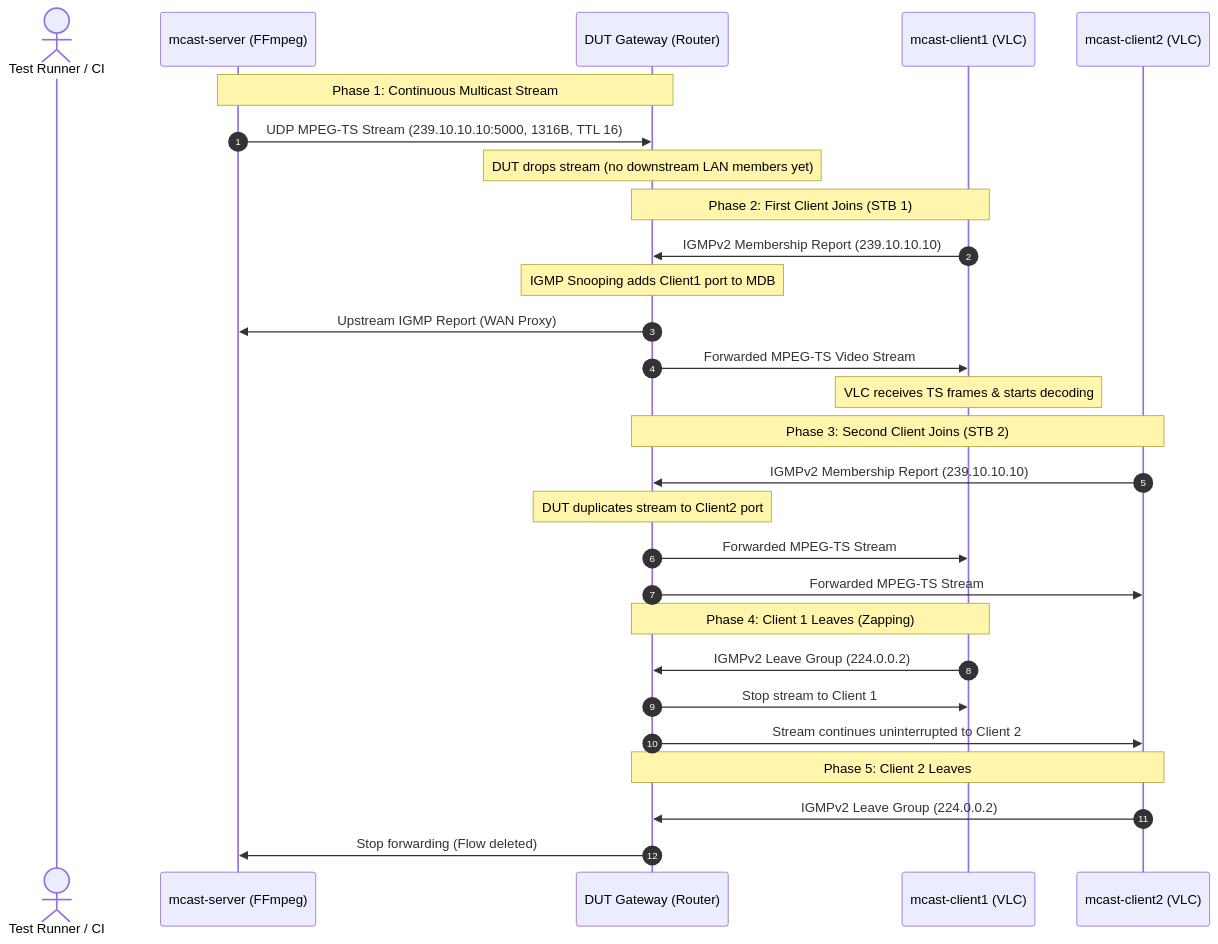
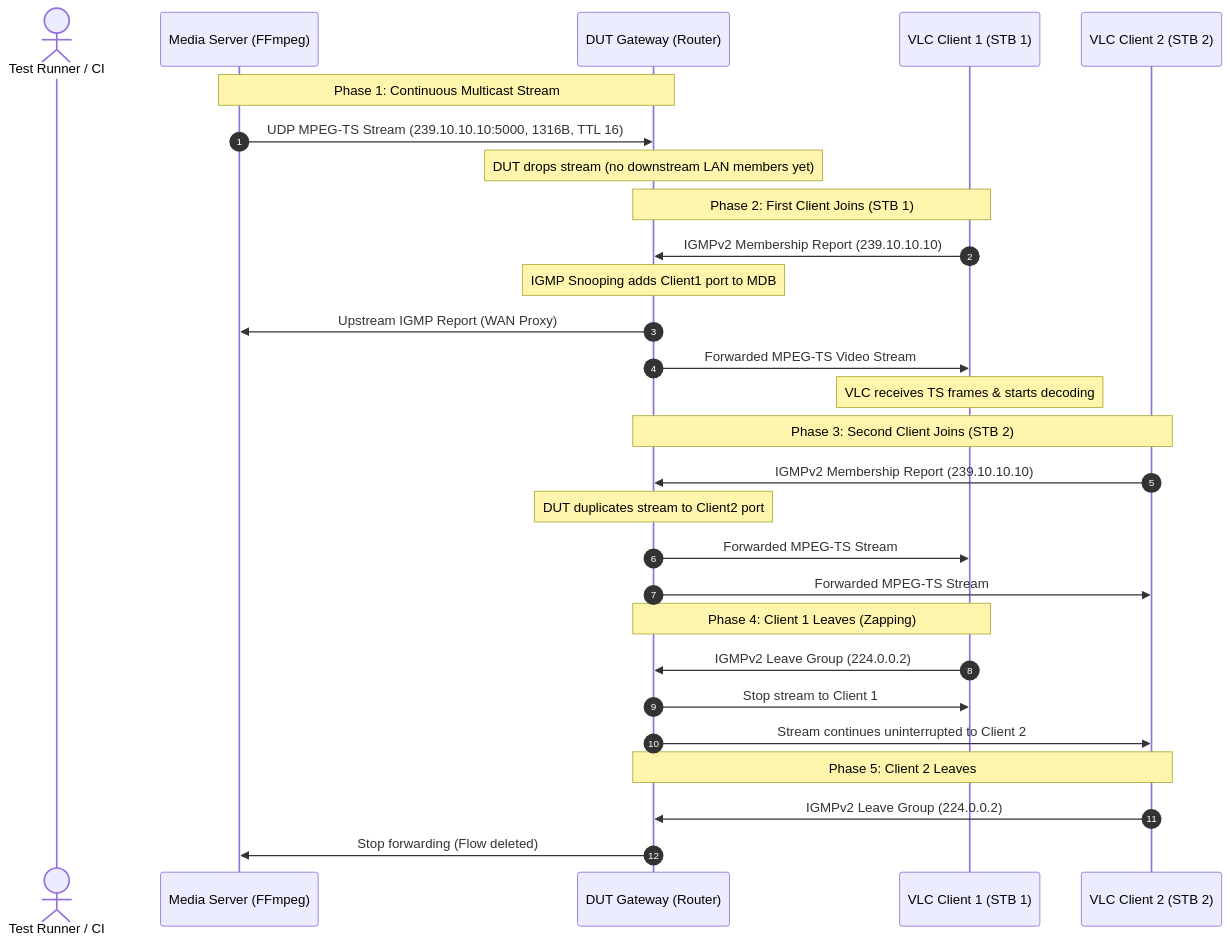
The third of 3 diagrams in README.md (dddat101/iptv_multicast_integration_lab), drawn with Mermaid before and after one commit. The commit also changed other lines of this file and 7 other files, not shown here.

````diff
--- a/README.md
+++ b/README.md
@@ -47,35 +90,35 @@
 ```mermaid
 sequenceDiagram
     autonumber
     actor Tester as Test Runner / CI
-    participant Server as mcast-server (FFmpeg)
+    participant Server as Media Server (FFmpeg)
     participant DUT as DUT Gateway (Router)
-    participant Client1 as mcast-client1 (VLC)
-    participant Client2 as mcast-client2 (VLC)
+    participant Client1 as VLC Client 1 (STB 1)
+    participant Client2 as VLC Client 2 (STB 2)
 
     Note over Server,DUT: Phase 1: Continuous Multicast Stream
     Server->>DUT: UDP MPEG-TS Stream (239.10.10.10:5000, 1316B, TTL 16)
     Note over DUT: DUT drops stream (no downstream LAN members yet)
 
     Note over Client1,DUT: Phase 2: First Client Joins (STB 1)
     Client1->>DUT: IGMPv2 Membership Report (239.10.10.10)
     Note over DUT: IGMP Snooping adds Client1 port to MDB
     DUT->>Server: Upstream IGMP Report (WAN Proxy)
     DUT->>Client1: Forwarded MPEG-TS Video Stream
     Note over Client1: VLC receives TS frames & starts decoding
 
     Note over Client2,DUT: Phase 3: Second Client Joins (STB 2)
     Client2->>DUT: IGMPv2 Membership Report (239.10.10.10)
     Note over DUT: DUT duplicates stream to Client2 port
     DUT->>Client1: Forwarded MPEG-TS Stream
     DUT->>Client2: Forwarded MPEG-TS Stream
 
     Note over Client1,DUT: Phase 4: Client 1 Leaves (Zapping)
     Client1->>DUT: IGMPv2 Leave Group (224.0.0.2)
     DUT->>Client1: Stop stream to Client 1
     DUT->>Client2: Stream continues uninterrupted to Client 2
 
     Note over Client2,DUT: Phase 5: Client 2 Leaves
     Client2->>DUT: IGMPv2 Leave Group (224.0.0.2)
     DUT->>Server: Stop forwarding (Flow deleted)
 ```
````
